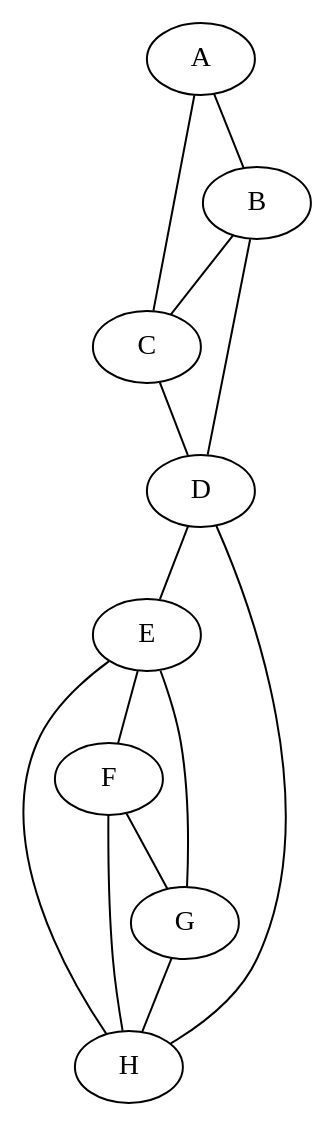
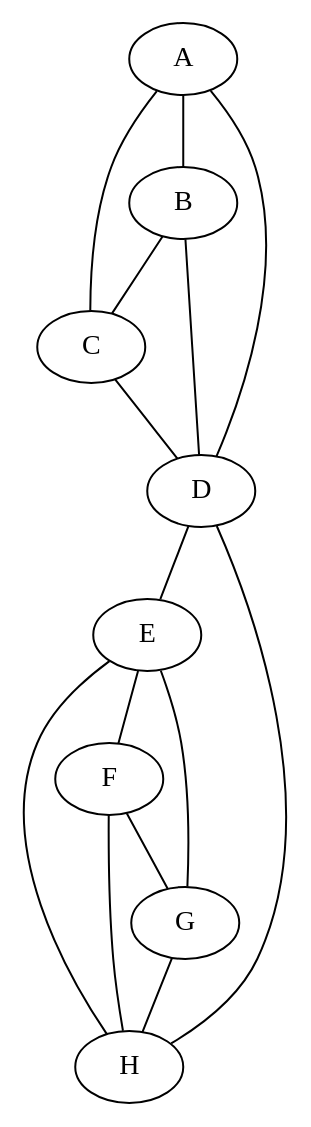
Before and after one commit to Bioconductor/RBGL: the diagram in inst/XML/conn.dot, drawn with Graphviz. The commit also changed 7 other files, not shown here.

```diff
--- a/inst/XML/conn.dot
+++ b/inst/XML/conn.dot
@@ -1,15 +1,16 @@
 graph GG {
  A -- B
+ A -- C
+ A -- D
  B -- C
- A -- C
  B -- D
  C -- D
  D -- E
  D -- H
  E -- F
  E -- G
  E -- H
  F -- G
  F -- H
  G -- H
 }
```
